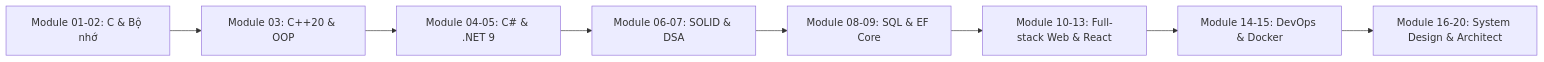
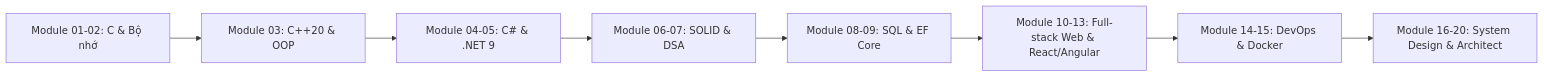
The diagram in fullstack-roadmap/index.md (Xuanthanh-dzz/full-stack), drawn with Mermaid before and after one commit. The commit also changed other lines of this file, not shown here.

Commit message:
docs(home): show React or Angular frontend paths

````diff
--- a/fullstack-roadmap/index.md
+++ b/fullstack-roadmap/index.md
@@ -110,10 +110,10 @@
 ```mermaid
 graph LR
     A[Module 01-02: C & Bộ nhớ] --> B[Module 03: C++20 & OOP]
     B --> C[Module 04-05: C# & .NET 9]
     C --> D[Module 06-07: SOLID & DSA]
     D --> E[Module 08-09: SQL & EF Core]
-    E --> F[Module 10-13: Full-stack Web & React]
+    E --> F[Module 10-13: Full-stack Web & React/Angular]
     F --> G[Module 14-15: DevOps & Docker]
     G --> H[Module 16-20: System Design & Architect]
 ```
````
